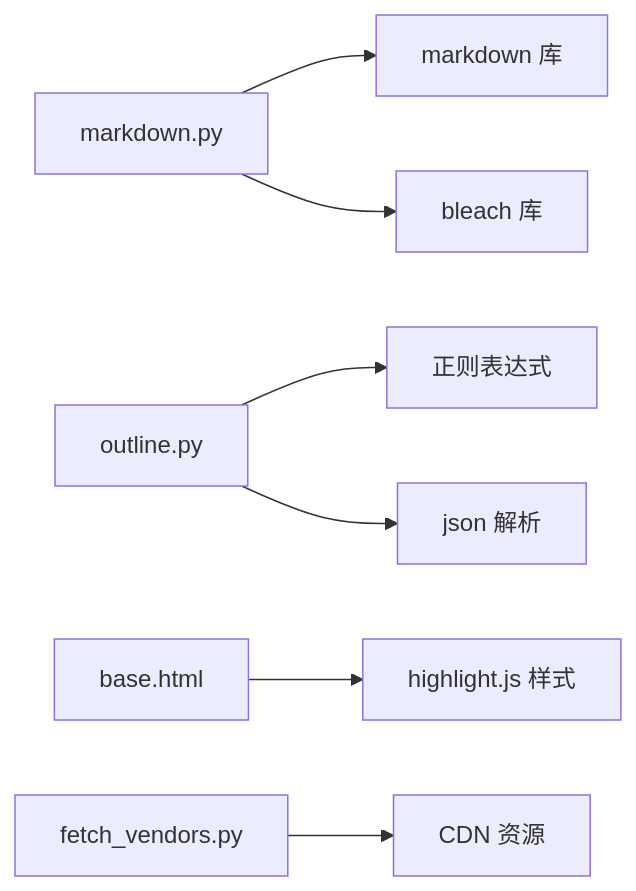
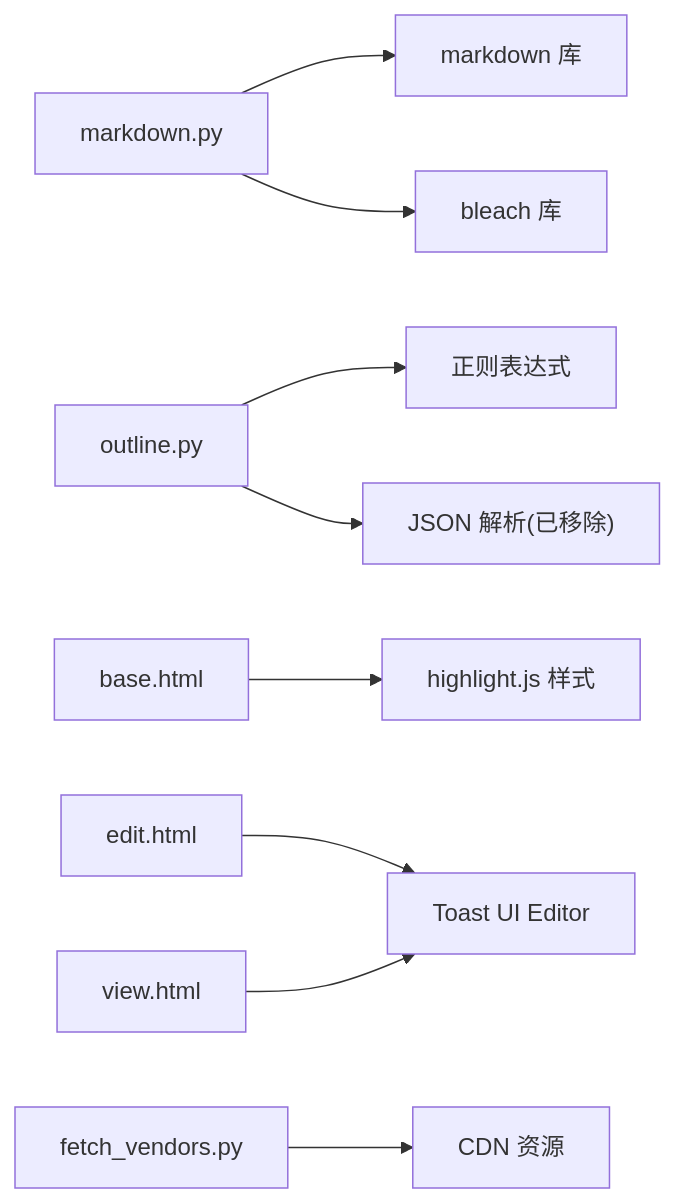
One commit to beyondalbert/my_wiki changed the ninth of 9 diagrams in .qoder/repowiki/zh/content/核心模块/文档管理系统/内容处理工具.md. Above: the diagram before and after it, drawn with Mermaid. The commit also changed other lines of this file and 9 other files, not shown here.

````diff
--- a/.qoder/repowiki/zh/content/核心模块/文档管理系统/内容处理工具.md
+++ b/.qoder/repowiki/zh/content/核心模块/文档管理系统/内容处理工具.md
@@ -334,9 +388,11 @@
 ```mermaid
 graph LR
 MD["markdown.py"] --> M["markdown 库"]
 MD --> B["bleach 库"]
 OUT["outline.py"] --> R["正则表达式"]
-OUT --> J["json 解析"]
+OUT --> J["JSON 解析(已移除)"]
 TPL["base.html"] --> HL["highlight.js 样式"]
+EDIT["edit.html"] --> TUE["Toast UI Editor"]
+VIEW["view.html"] --> TUE
 VEND["fetch_vendors.py"] --> CDN["CDN 资源"]
 ```
````
